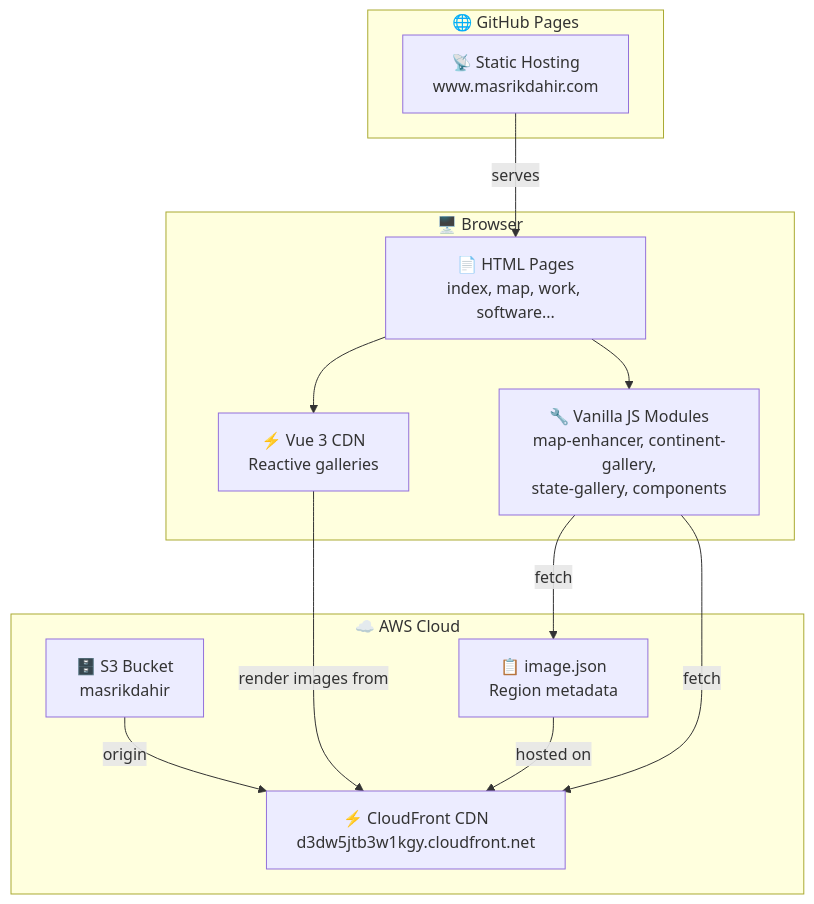
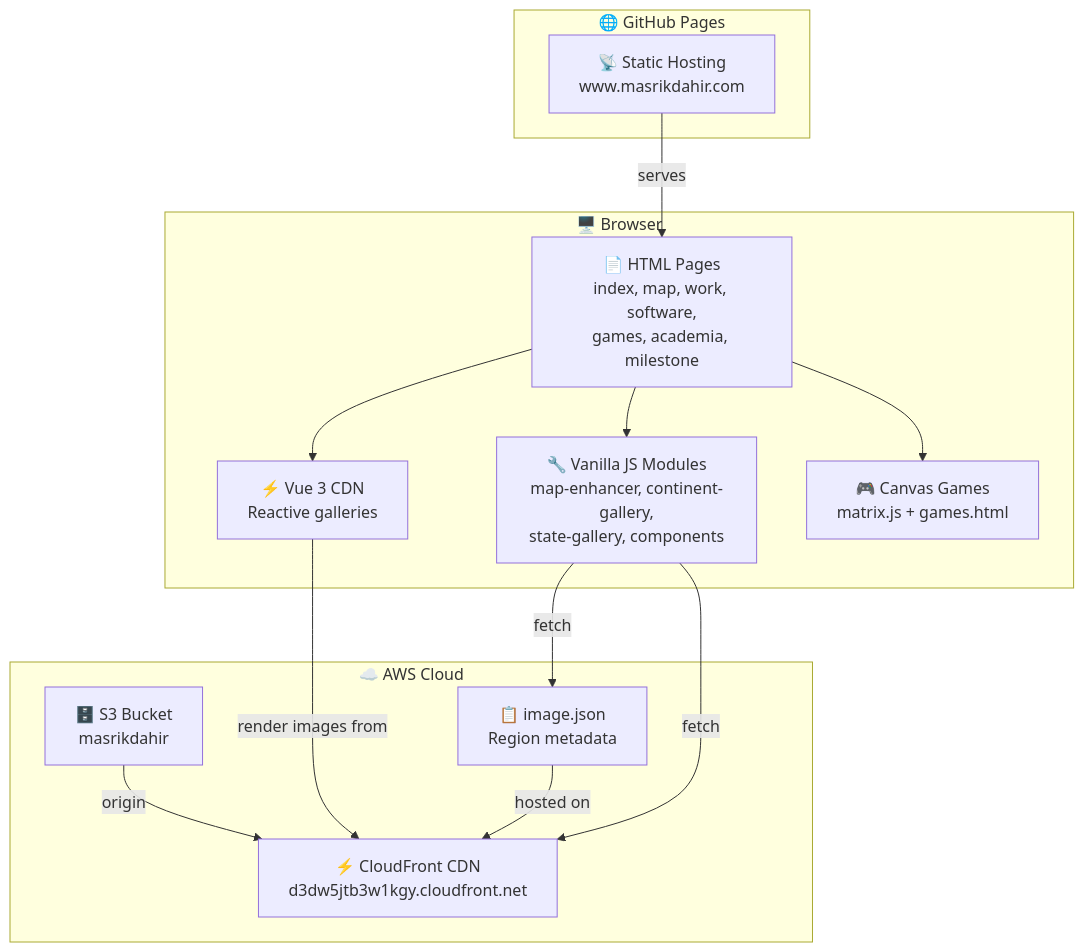
The first of 4 diagrams in README.md (Masrik-Dahir/Masrik-Dahir.github.io), drawn with Mermaid before and after one commit. The commit also changed other lines of this file and 12 other files, not shown here.

````diff
--- a/README.md
+++ b/README.md
@@ -82,27 +83,29 @@
 ```mermaid
 graph TB
     subgraph Browser["🖥️ Browser"]
-        Pages["📄 HTML Pages<br/>index, map, work, software..."]
+        Pages["📄 HTML Pages<br/>index, map, work, software,<br/>games, academia, milestone"]
         Vue["⚡ Vue 3 CDN<br/>Reactive galleries"]
         JS["🔧 Vanilla JS Modules<br/>map-enhancer, continent-gallery,<br/>state-gallery, components"]
+        Canvas["🎮 Canvas Games<br/>matrix.js + games.html"]
     end
 
     subgraph GitHub["🌐 GitHub Pages"]
         Static["📡 Static Hosting<br/>www.masrikdahir.com"]
     end
 
     subgraph AWS["☁️ AWS Cloud"]
         S3["🗄️ S3 Bucket<br/>masrikdahir"]
         CF["⚡ CloudFront CDN<br/>d3dw5jtb3w1kgy.cloudfront.net"]
         ImageJSON["📋 image.json<br/>Region metadata"]
     end
 
     Pages --> Vue
     Pages --> JS
+    Pages --> Canvas
     Static --> |serves| Pages
     JS --> |fetch| ImageJSON
     JS --> |fetch| CF
     Vue --> |render images from| CF
     S3 --> |origin| CF
     ImageJSON --> |hosted on| CF
 ```
````
